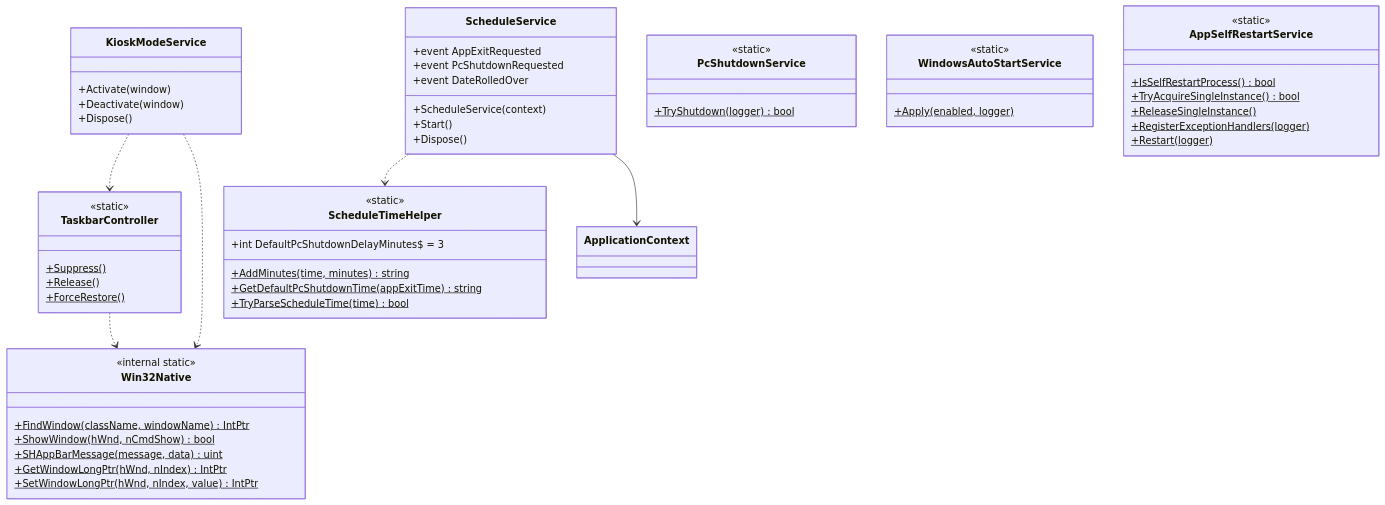
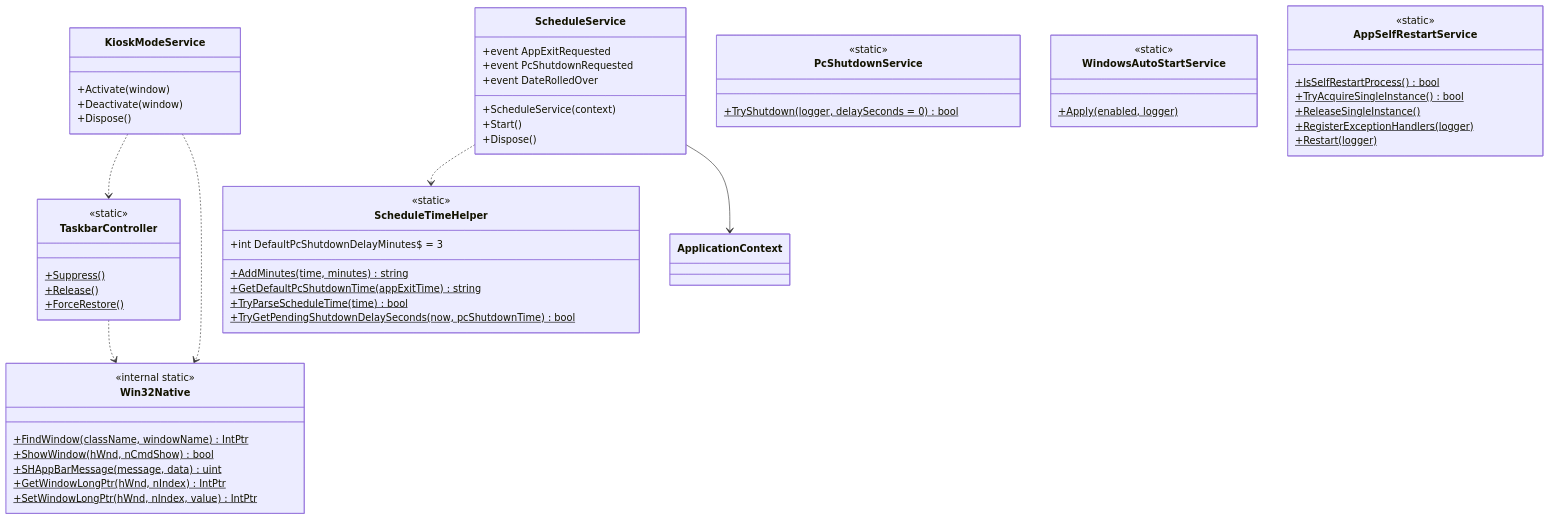
One commit to kamanori3/SimpleDigitalSignage changed the ninth of 10 diagrams in docs/クラス設計図.md. Above: the diagram before and after it, drawn with Mermaid. The commit also changed other lines of this file and 15 other files, not shown here.

````diff
--- a/docs/クラス設計図.md
+++ b/docs/クラス設計図.md
@@ -587,66 +587,67 @@
 ```mermaid
 classDiagram
   class KioskModeService {
     +Activate(window)
     +Deactivate(window)
     +Dispose()
   }
 
   class TaskbarController {
     <<static>>
     +Suppress()$
     +Release()$
     +ForceRestore()$
   }
 
   class ScheduleService {
     +event AppExitRequested
     +event PcShutdownRequested
     +event DateRolledOver
     +ScheduleService(context)
     +Start()
     +Dispose()
   }
 
   class ScheduleTimeHelper {
     <<static>>
     +int DefaultPcShutdownDelayMinutes$ = 3
     +AddMinutes(time, minutes)$ string
     +GetDefaultPcShutdownTime(appExitTime)$ string
     +TryParseScheduleTime(time)$ bool
+    +TryGetPendingShutdownDelaySeconds(now, pcShutdownTime)$ bool
   }
 
   class PcShutdownService {
     <<static>>
-    +TryShutdown(logger)$ bool
+    +TryShutdown(logger, delaySeconds = 0)$ bool
   }
 
   class WindowsAutoStartService {
     <<static>>
     +Apply(enabled, logger)$
   }
 
   class AppSelfRestartService {
     <<static>>
     +IsSelfRestartProcess()$ bool
     +TryAcquireSingleInstance()$ bool
     +ReleaseSingleInstance()$
     +RegisterExceptionHandlers(logger)$
     +Restart(logger)$
   }
 
   class Win32Native {
     <<internal static>>
     +FindWindow(className, windowName)$ IntPtr
     +ShowWindow(hWnd, nCmdShow)$ bool
     +SHAppBarMessage(message, data)$ uint
     +GetWindowLongPtr(hWnd, nIndex)$ IntPtr
     +SetWindowLongPtr(hWnd, nIndex, value)$ IntPtr
   }
 
   KioskModeService ..> TaskbarController
   KioskModeService ..> Win32Native
   TaskbarController ..> Win32Native
   ScheduleService ..> ScheduleTimeHelper
   ScheduleService --> ApplicationContext
 ```
````
